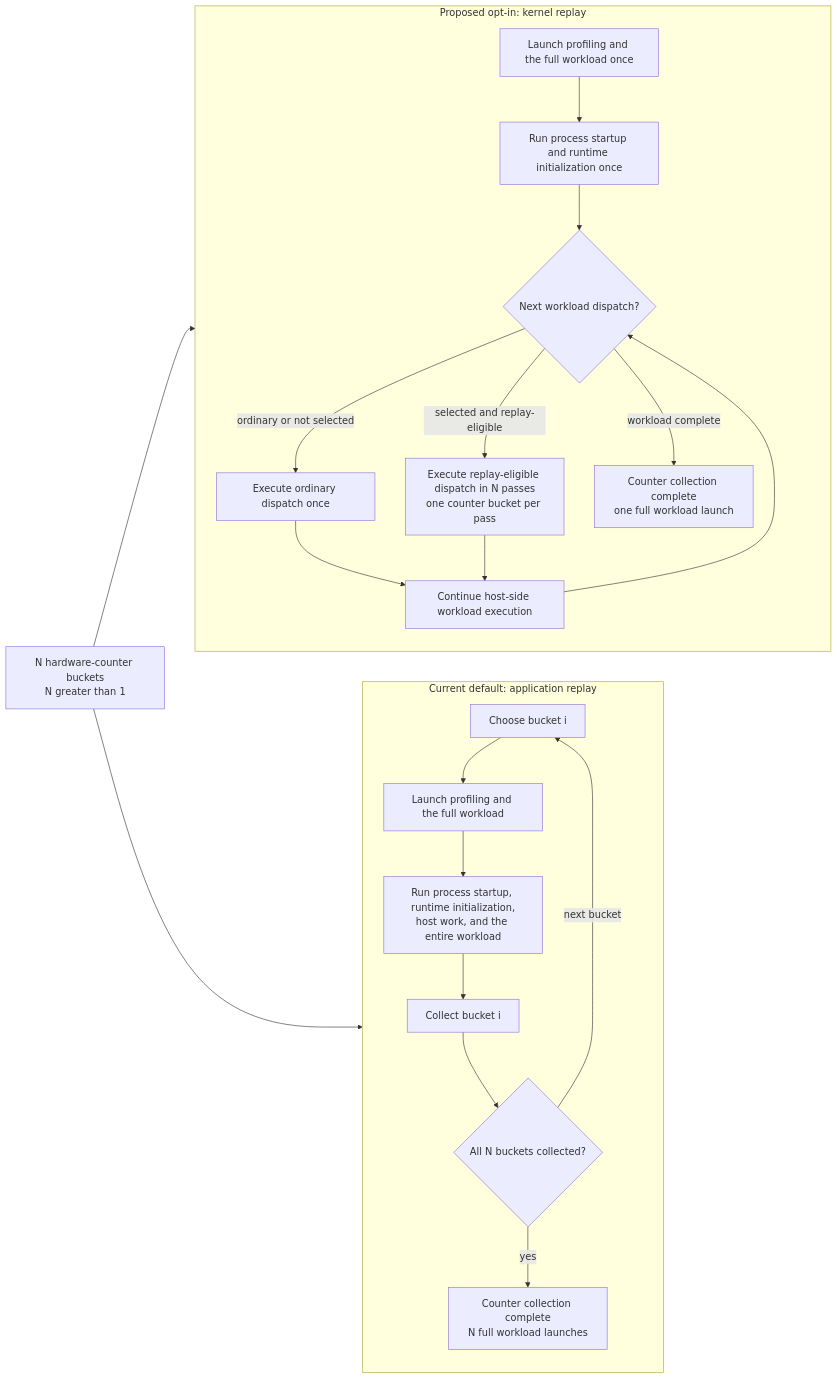
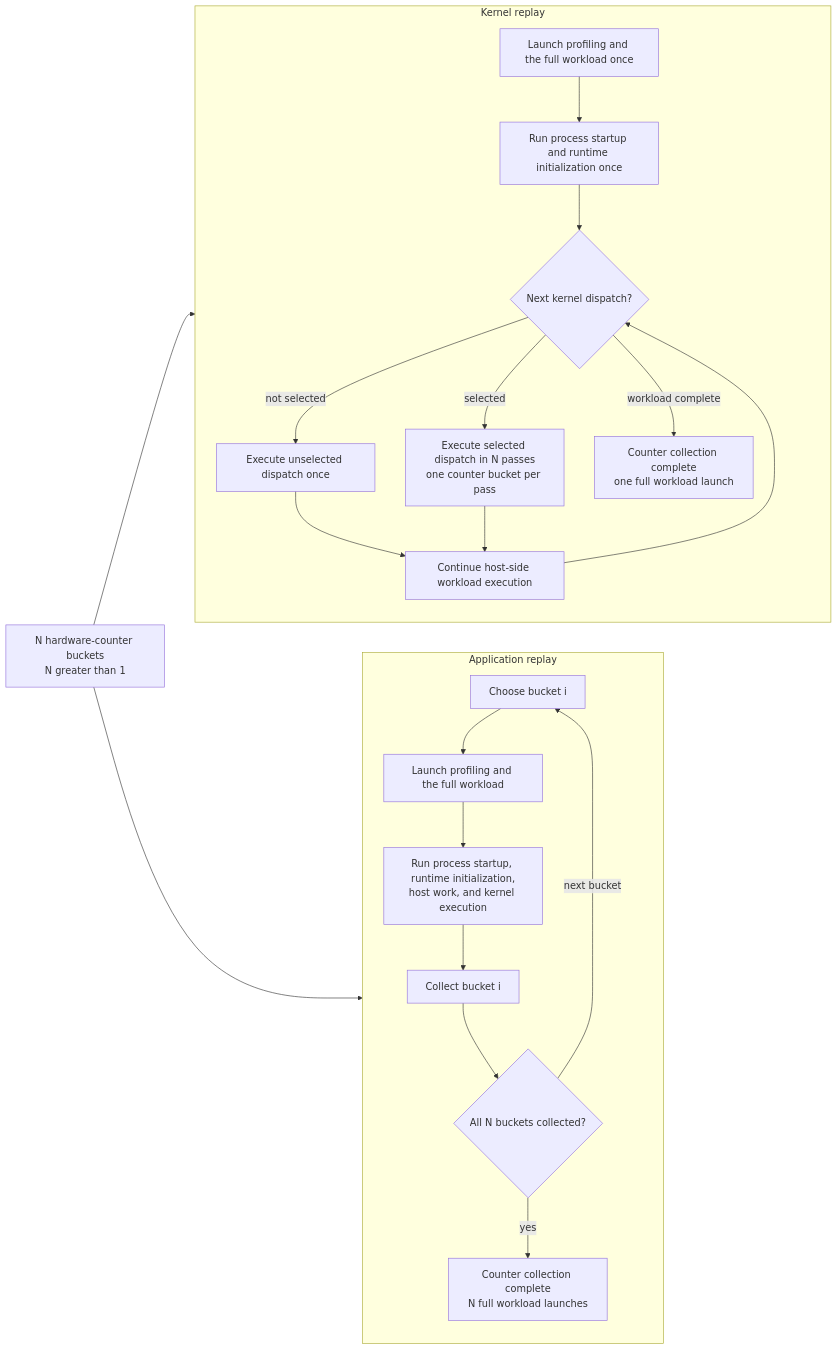
Before and after one commit to ROCm/rocm-systems: the second of 3 diagrams in projects/rocprofiler-compute/docs/design/hld-kernel-replay.md, drawn with Mermaid. The commit also changed other lines of this file, not shown here.

Commit message:
Simplify kernel replay architecture and requirements

````diff
--- a/projects/rocprofiler-compute/docs/design/hld-kernel-replay.md
+++ b/projects/rocprofiler-compute/docs/design/hld-kernel-replay.md
@@ -159,38 +127,38 @@
 ```mermaid
 flowchart LR
     Buckets["N hardware-counter buckets<br/>N greater than 1"]
 
-    subgraph Application["Current default: application replay"]
+    subgraph Application["Application replay"]
         direction TB
         AppSelect["Choose bucket i"]
         AppLaunch["Launch profiling and the full workload"]
-        AppRun["Run process startup, runtime initialization,<br/>host work, and the entire workload"]
+        AppRun["Run process startup, runtime initialization,<br/>host work, and kernel execution"]
         AppCollect["Collect bucket i"]
         AppDone{"All N buckets collected?"}
         AppResult["Counter collection complete<br/>N full workload launches"]
 
         AppSelect --> AppLaunch --> AppRun --> AppCollect --> AppDone
         AppDone -- next bucket --> AppSelect
         AppDone -- yes --> AppResult
     end
 
-    subgraph Kernel["Proposed opt-in: kernel replay"]
+    subgraph Kernel["Kernel replay"]
         direction TB
         KernelLaunch["Launch profiling and the full workload once"]
         KernelSetup["Run process startup and runtime initialization once"]
-        KernelDispatch{"Next workload dispatch?"}
-        KernelOrdinary["Execute ordinary dispatch once"]
-        KernelReplay["Execute replay-eligible dispatch in N passes<br/>one counter bucket per pass"]
+        KernelDispatch{"Next kernel dispatch?"}
+        KernelOrdinary["Execute unselected dispatch once"]
+        KernelReplay["Execute selected dispatch in N passes<br/>one counter bucket per pass"]
         KernelContinue["Continue host-side workload execution"]
         KernelResult["Counter collection complete<br/>one full workload launch"]
 
         KernelLaunch --> KernelSetup --> KernelDispatch
-        KernelDispatch -- ordinary or not selected --> KernelOrdinary --> KernelContinue
-        KernelDispatch -- selected and replay-eligible --> KernelReplay --> KernelContinue
+        KernelDispatch -- not selected --> KernelOrdinary --> KernelContinue
+        KernelDispatch -- selected --> KernelReplay --> KernelContinue
         KernelContinue --> KernelDispatch
         KernelDispatch -- workload complete --> KernelResult
     end
 
     Buckets --> AppSelect
     Buckets --> KernelLaunch
 ```
````
